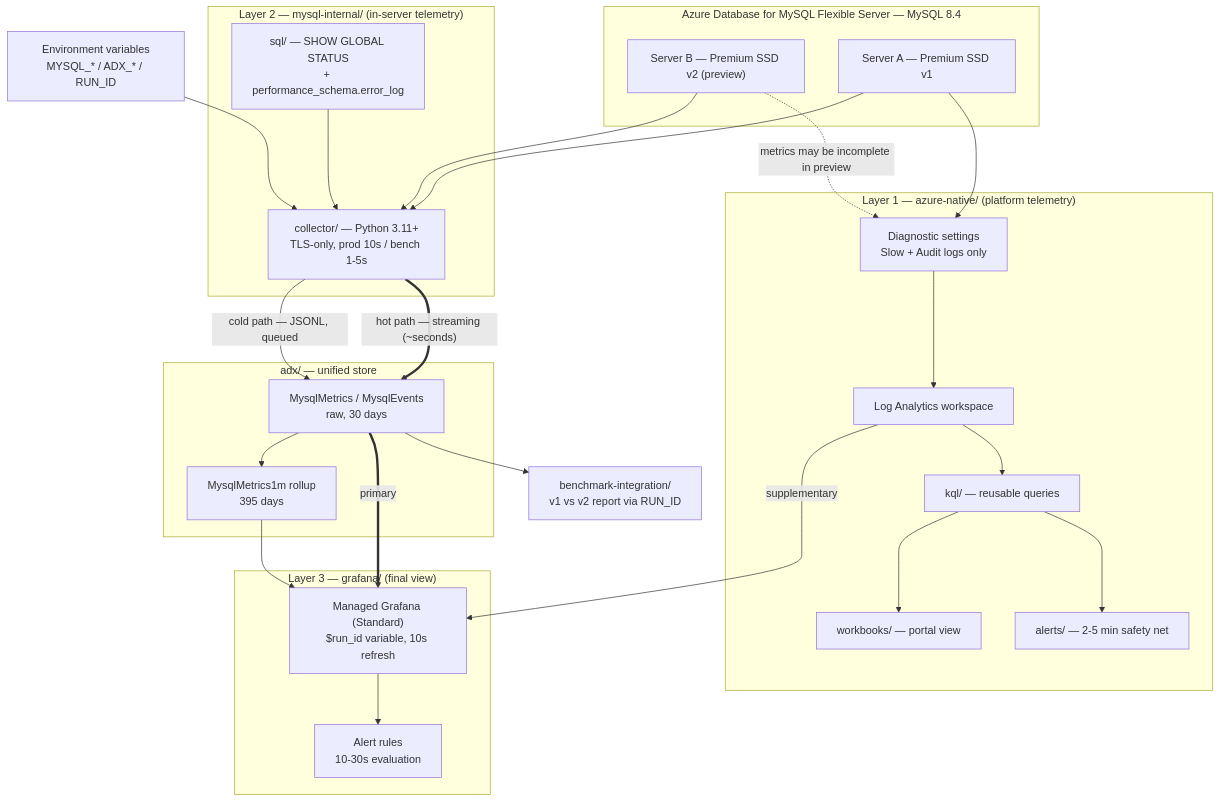
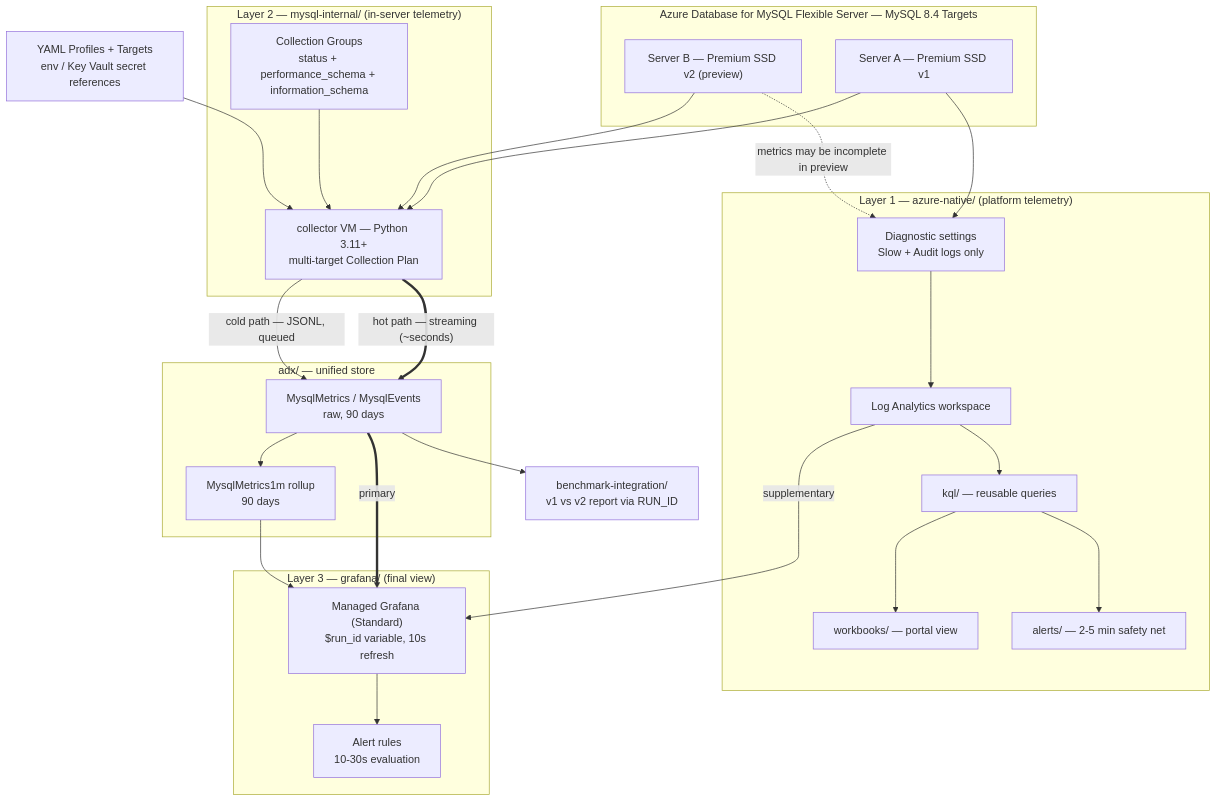
One commit to DalBamS/azure-mysql-monitoring changed the diagram in README.md. Above: the diagram before and after it, drawn with Mermaid. The commit also changed other lines of this file and 22 other files, not shown here.

````diff
--- a/README.md
+++ b/README.md
@@ -26,55 +29,55 @@
 ```mermaid
 flowchart TB
-    subgraph AZ["Azure Database for MySQL Flexible Server — MySQL 8.4"]
+    subgraph AZ["Azure Database for MySQL Flexible Server — MySQL 8.4 Targets"]
         SRV1["Server A — Premium SSD v1"]
         SRV2["Server B — Premium SSD v2 (preview)"]
     end
 
     subgraph L1["Layer 1 — azure-native/ (platform telemetry)"]
         DIAG["Diagnostic settings<br/>Slow + Audit logs only"]
         LAW["Log Analytics workspace"]
         KQL["kql/ — reusable queries"]
         WB["workbooks/ — portal view"]
         AL["alerts/ — 2-5 min safety net"]
     end
 
     subgraph L2["Layer 2 — mysql-internal/ (in-server telemetry)"]
-        COL["collector/ — Python 3.11+<br/>TLS-only, prod 10s / bench 1-5s"]
-        SQL["sql/ — SHOW GLOBAL STATUS<br/>+ performance_schema.error_log"]
+        COL["collector VM — Python 3.11+<br/>multi-target Collection Plan"]
+        SQL["Collection Groups<br/>status + performance_schema + information_schema"]
     end
 
     subgraph ST["adx/ — unified store"]
-        RAW["MysqlMetrics / MysqlEvents<br/>raw, 30 days"]
-        MV["MysqlMetrics1m rollup<br/>395 days"]
+        RAW["MysqlMetrics / MysqlEvents<br/>raw, 90 days"]
+        MV["MysqlMetrics1m rollup<br/>90 days"]
         RAW --> MV
     end
 
     subgraph L3["Layer 3 — grafana/ (final view)"]
         DASH["Managed Grafana (Standard)<br/>$run_id variable, 10s refresh"]
         GAL["Alert rules<br/>10-30s evaluation"]
     end
 
-    ENV["Environment variables<br/>MYSQL_* / ADX_* / RUN_ID"]
+    ENV["YAML Profiles + Targets<br/>env / Key Vault secret references"]
 
     SRV1 --> DIAG
     SRV2 -. "metrics may be incomplete in preview" .-> DIAG
     DIAG --> LAW
     LAW --> KQL
     KQL --> WB
     KQL --> AL
 
     SRV1 --> COL
     SRV2 --> COL
     SQL --> COL
     ENV --> COL
 
     COL ==> |"hot path — streaming (~seconds)"| RAW
     COL --> |"cold path — JSONL, queued"| RAW
 
     RAW ==> |primary| DASH
     MV --> DASH
     LAW --> |supplementary| DASH
     DASH --> GAL
 
     RAW --> BI["benchmark-integration/<br/>v1 vs v2 report via RUN_ID"]
 ```
````
